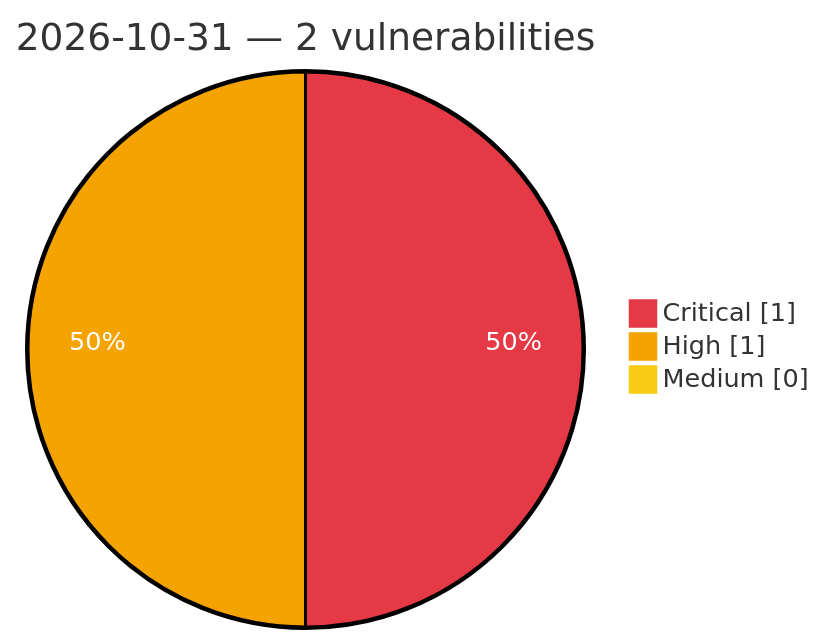
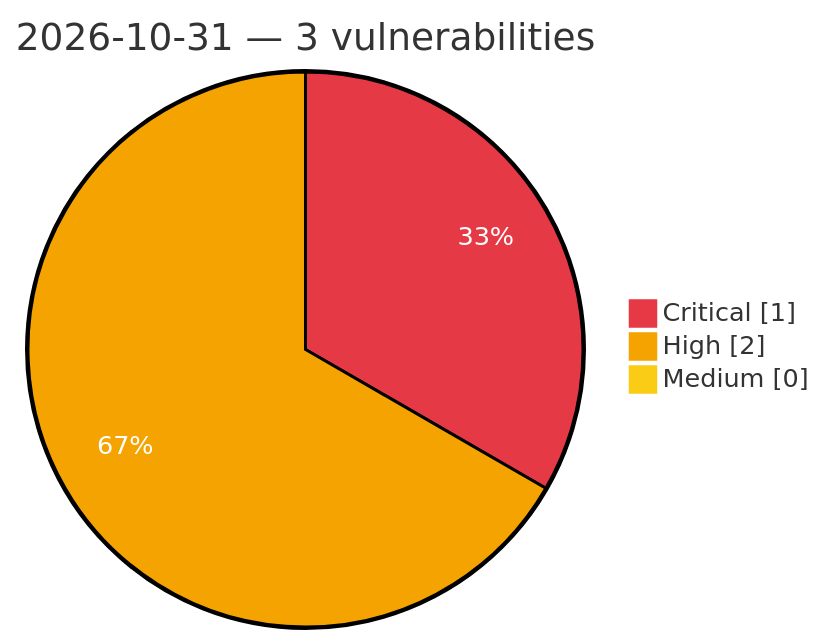
Before and after one commit to GhostX0X/vuln-tracker: the diagram in vulnerabilities/2026/October/2026-10-31.md, drawn with Mermaid. The commit also changed other lines of this file and 5 other files, not shown here.

````diff
--- a/vulnerabilities/2026/October/2026-10-31.md
+++ b/vulnerabilities/2026/October/2026-10-31.md
@@ -3,8 +3,8 @@
 ```mermaid
 %%{init: {'theme':'base', 'themeVariables': {'pie1':'#e63946', 'pie2':'#f4a300', 'pie3':'#facc15', 'pieOpacity':'1', 'pieOuterStrokeWidth':'2px', 'pieSectionTextColor':'#ffffff'}}}%%
 pie showData
-    title 2026-10-31 — 2 vulnerabilities
+    title 2026-10-31 — 3 vulnerabilities
     "Critical" : 1
-    "High" : 1
+    "High" : 2
     "Medium" : 0
 ```
````
